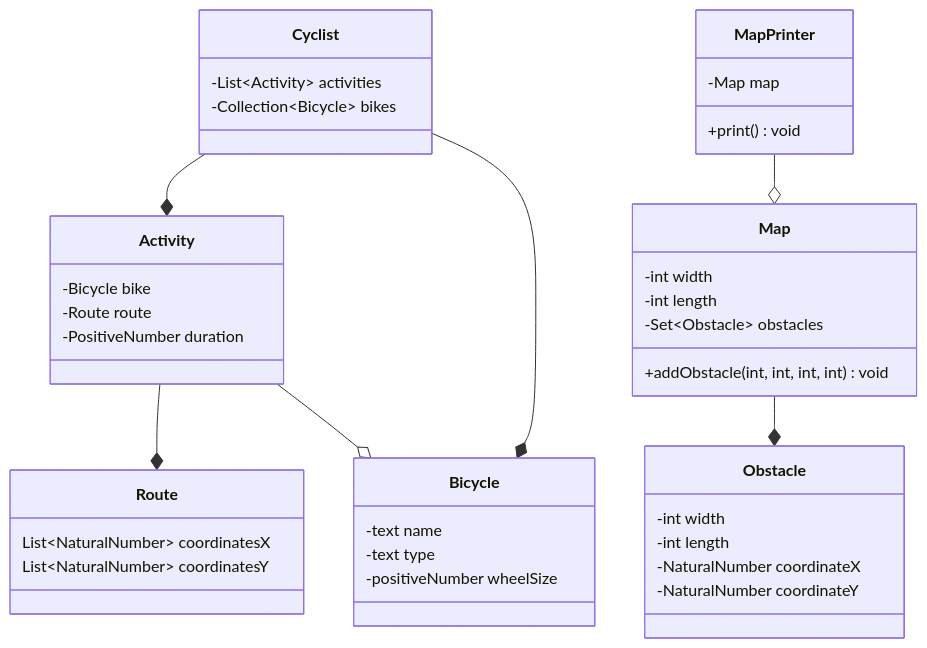
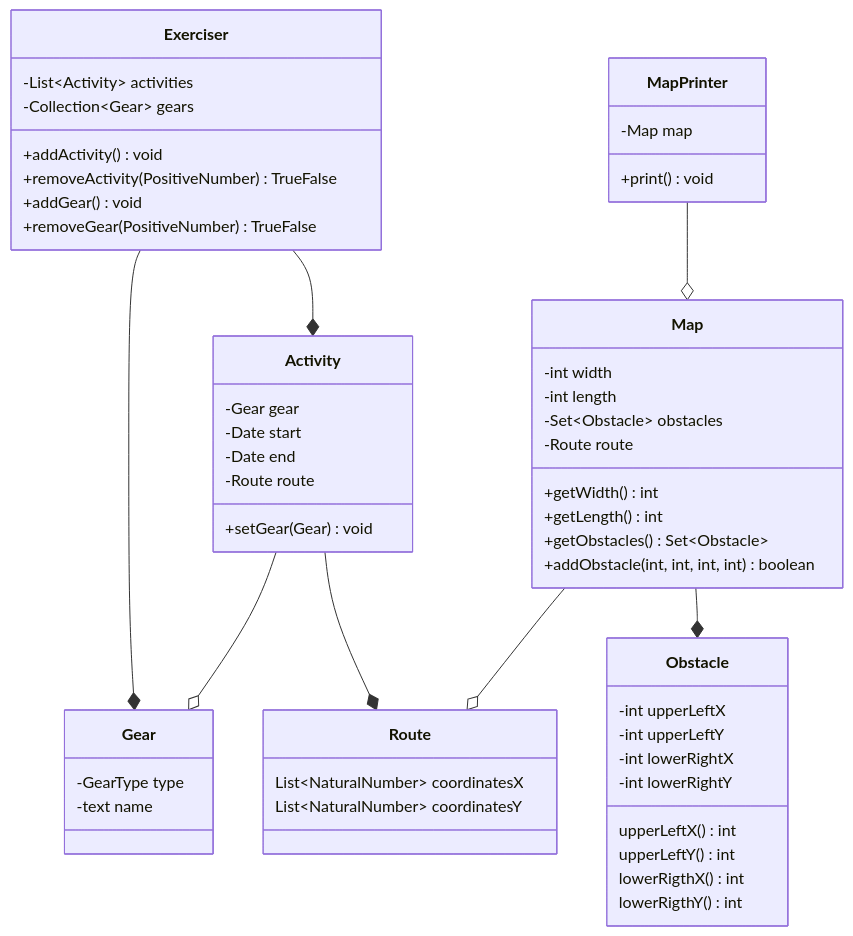
The diagram in README.md (NarekVeranyan05/exercise_tracker), drawn with Mermaid before and after one commit. The commit also changed other lines of this file and 11 other files, not shown here.

Commit message:
-add Gear class -add Gears enumeration -modify MapPrinter to support new Obstacle implementation -Modify Obstacle implementation -add Direction enum -add class Route -modify README.md

````diff
--- a/README.md
+++ b/README.md
@@ -12,11 +13,14 @@
 ```mermaid
 classDiagram
-    class Cyclist {
-        -List~Activity~ activities
-        -Collection~Bicycle~ bikes
-
-%%        +addActivity() void
-%%        +addBike(text) void
+    class Exerciser {
+        %% order by date        
+        -List~Activity~ activities 
+        -Collection~Gear~ gears
+        
+        +addActivity() void
+        +removeActivity(PositiveNumber) TrueFalse
+        +addGear() void
+        +removeGear(PositiveNumber) TrueFalse
     }
     
     class Map {
@@ -25,9 +29,51 @@
         %% should be > 0
         -int length
         -Set~Obstacle~ obstacles
+        -Route route
         
+        %% should return > 0
+        +getWidth() int
+        %% should return > 0
+        +getLength() int
+        +getObstacles() Set~Obstacle~
         %% params should be > 0
-        +addObstacle(int, int, int, int) void
+        +addObstacle(int, int, int, int) boolean
+    }
+    
+    class Obstacle {
+        %% should be > 0
+        -int upperLeftX
+        %% should be > 0
+        -int upperLeftY
+        %% should be > 0
+        -int lowerRightX
+        %% should be > 0
+        -int lowerRightY
+        
+        %% should return > 0
+        upperLeftX() int
+        upperLeftY() int
+        lowerRigthX() int
+        lowerRigthY() int
+    }
+    
+    class Route {
+        List~NaturalNumber~ coordinatesX
+        List~NaturalNumber~ coordinatesY
+    }
+    
+    class Activity {
+        -Gear gear
+        -Date start
+        -Date end
+        -Route route
+        
+        +setGear(Gear) void
+    }
+    
+    class Gear {
+        -GearType type
+        -text name
     }
     
     class MapPrinter {
@@ -36,39 +82,16 @@
         +print() void
     }
     
-    class Obstacle {
-        %% should be > 0
-        -int width
-        %% should be > 0
-        -int length
-        -NaturalNumber coordinateX
-        -NaturalNumber coordinateY
-    }
     
-    class Route {
-        List~NaturalNumber~ coordinatesX
-        List~NaturalNumber~ coordinatesY
-    }
-    
-    class Activity {
-        -Bicycle bike
-        -Route route
-        -PositiveNumber duration
-    }
-    
-    class Bicycle {
-        -text name
-        -text type
-        -positiveNumber wheelSize
-    }
     
     
     %% class relationships
-    Cyclist --* Activity
-    Cyclist --* Bicycle
+    Exerciser --* Activity
+    Exerciser --* Gear
     Activity --* Route
     Map --* Obstacle
+    
+    Activity --o Gear
+    Map --o Route
     MapPrinter --o Map
-
-    Activity --o Bicycle
 ```
````
